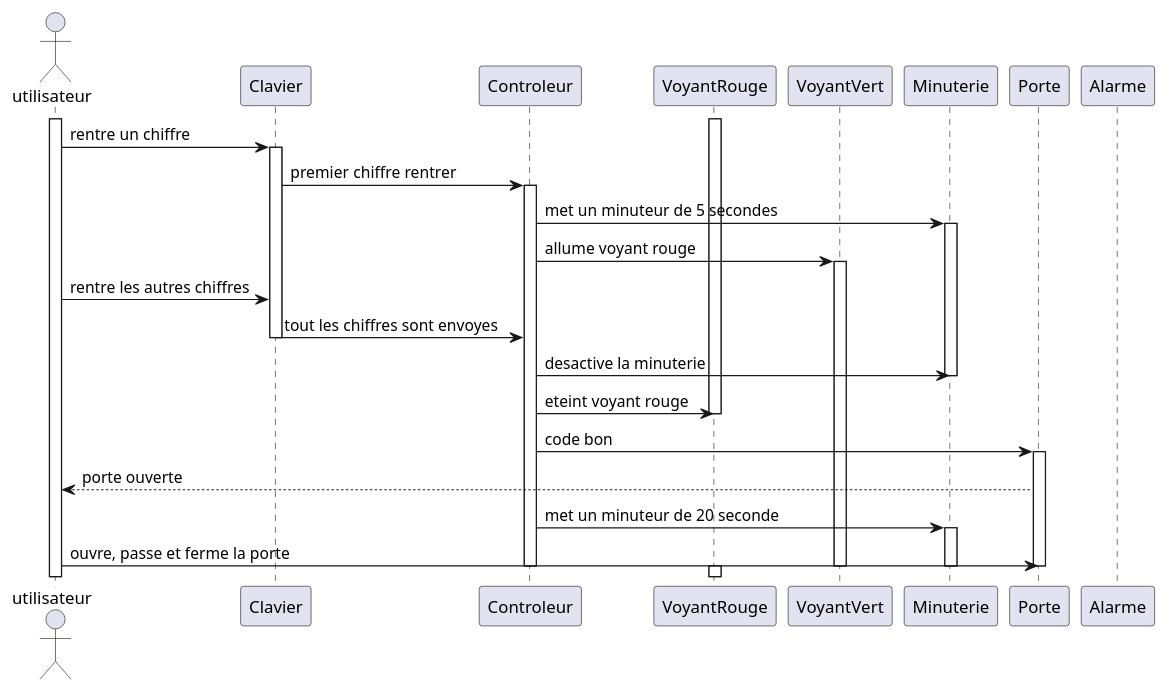
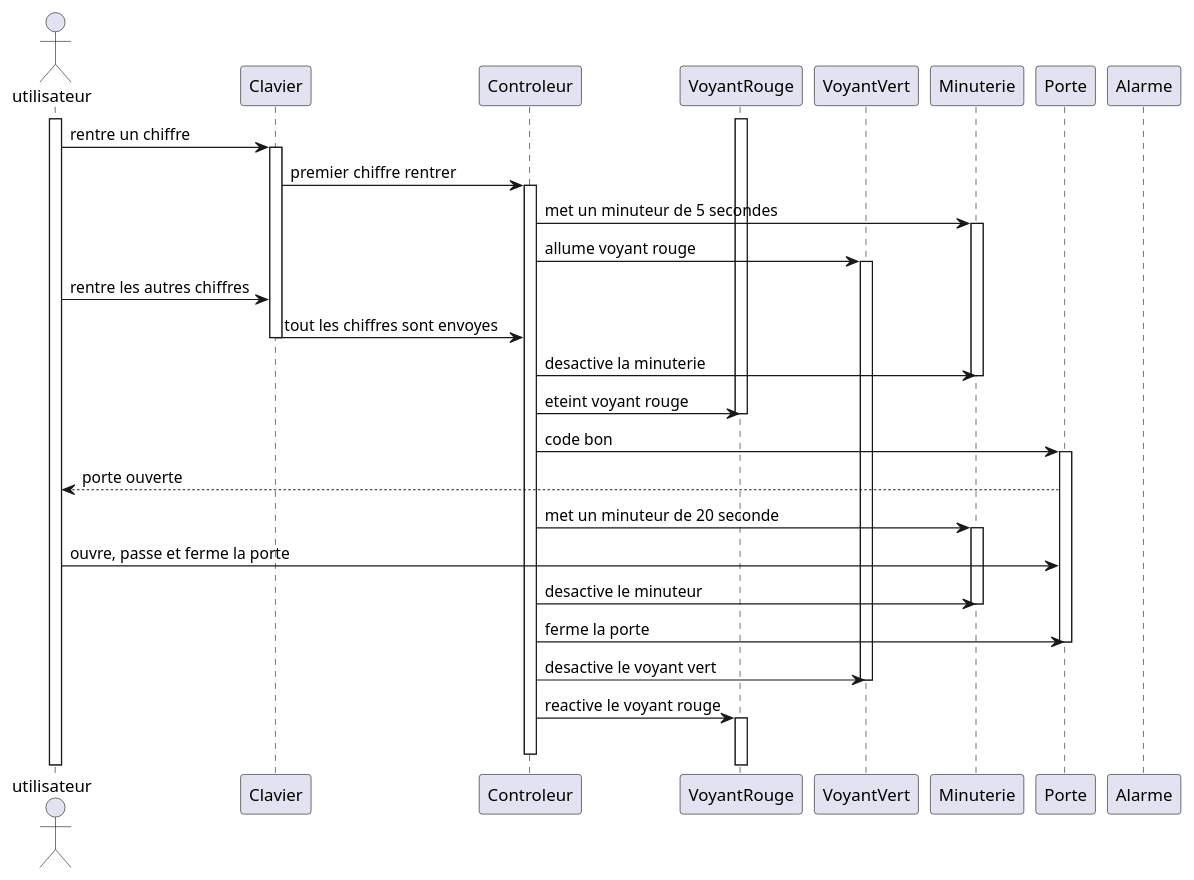
One commit to JolanRAMBEAUX/Analyse_TD7 changed the diagram in diagramSequence/flawlessDiagram.md. Above: the diagram before and after it, drawn with PlantUML.

Commit message:
Update flawlessDiagram.md with additional control actions

````diff
--- a/diagramSequence/flawlessDiagram.md
+++ b/diagramSequence/flawlessDiagram.md
@@ -1,49 +1,53 @@
 ```plantuml
 @startuml
 actor utilisateur as user
 participant Clavier as kBoard
 participant Controleur as ctrl
 participant VoyantRouge as voyR
 participant VoyantVert as voyV
 participant Minuterie as minut
 participant Porte as port
 participant Alarme as alrm
 
 activate voyR
 activate user
 
 user -> kBoard : rentre un chiffre
 activate kBoard
 
 kBoard -> ctrl : premier chiffre rentrer
 activate ctrl
 
 ctrl -> minut : met un minuteur de 5 secondes
 activate minut
 ctrl -> voyV : allume voyant rouge
 activate voyV
 
 user -> kBoard : rentre les autres chiffres
 kBoard -> ctrl : tout les chiffres sont envoyes
 deactivate kBoard
 
 ctrl -> minut : desactive la minuterie
 deactivate minut
 ctrl -> voyR : eteint voyant rouge
 deactivate voyR
 
 ctrl -> port : code bon
 activate port
 port --> user : porte ouverte
 ctrl -> minut : met un minuteur de 20 seconde
 activate minut
 
 user -> port : ouvre, passe et ferme la porte
+ctrl -> minut : desactive le minuteur
 deactivate minut
+ctrl -> port : ferme la porte
 deactivate port
+ctrl -> voyV : desactive le voyant vert
 deactivate voyV
+ctrl -> voyR : reactive le voyant rouge
 activate voyR
 deactivate ctrl
 
 @enduml
 ```
````
